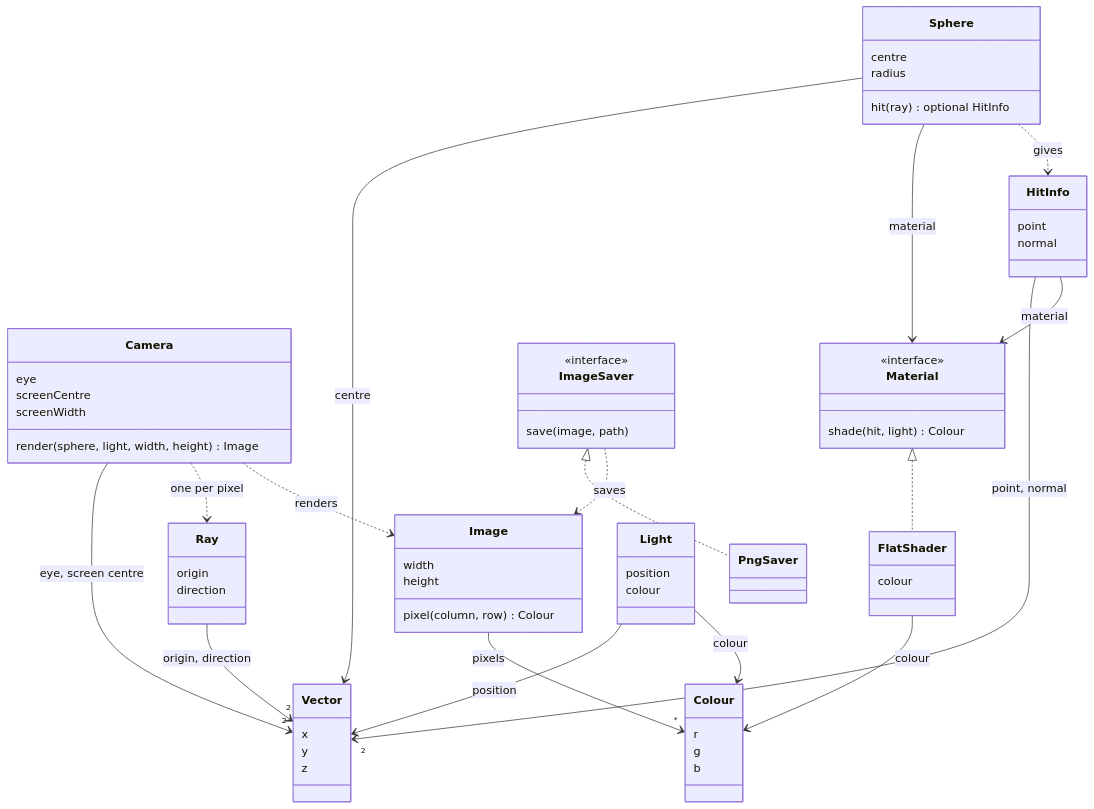
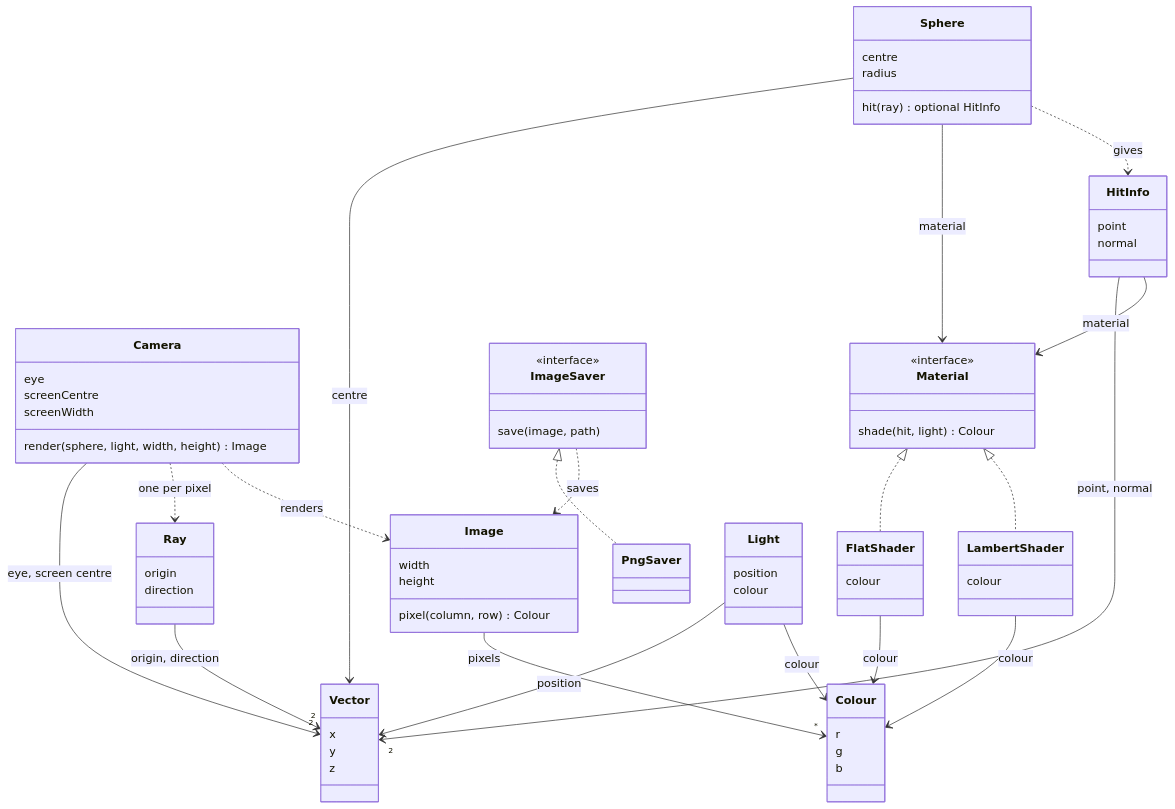
Before and after one commit to tsiorynobel/raytracer: the diagram in docs/domain/domain-model.md, drawn with Mermaid. The commit also changed other lines of this file and 4 other files, not shown here.

First line of the commit message:
Add a Lambert shader: as bright as the surface faces the light

````diff
--- a/docs/domain/domain-model.md
+++ b/docs/domain/domain-model.md
@@ -6,70 +6,75 @@
 ```mermaid
 classDiagram
     class Vector {
         x
         y
         z
     }
     class Ray {
         origin
         direction
     }
     class Sphere {
         centre
         radius
         hit(ray) optional HitInfo
     }
     class HitInfo {
         point
         normal
     }
     class Camera {
         eye
         screenCentre
         screenWidth
         render(sphere, light, width, height) Image
     }
     class Image {
         width
         height
         pixel(column, row) Colour
     }
     class Colour {
         r
         g
         b
     }
     class Material {
         <<interface>>
         shade(hit, light) Colour
     }
     class FlatShader {
         colour
     }
+    class LambertShader {
+        colour
+    }
     class ImageSaver {
         <<interface>>
         save(image, path)
     }
     class PngSaver
     class Light {
         position
         colour
     }
 
     Ray --> "2" Vector : origin, direction
     Sphere --> Vector : centre
     Sphere --> Material : material
     Sphere ..> HitInfo : gives
     HitInfo --> "2" Vector : point, normal
     HitInfo --> Material : material
     Material <|.. FlatShader
     FlatShader --> Colour : colour
+    Material <|.. LambertShader
+    LambertShader --> Colour : colour
     Camera --> "2" Vector : eye, screen centre
     Camera ..> Ray : one per pixel
     Camera ..> Image : renders
     Image --> "*" Colour : pixels
     ImageSaver <|.. PngSaver
     ImageSaver ..> Image : saves
     Light --> Vector : position
     Light --> Colour : colour
 ```
````
